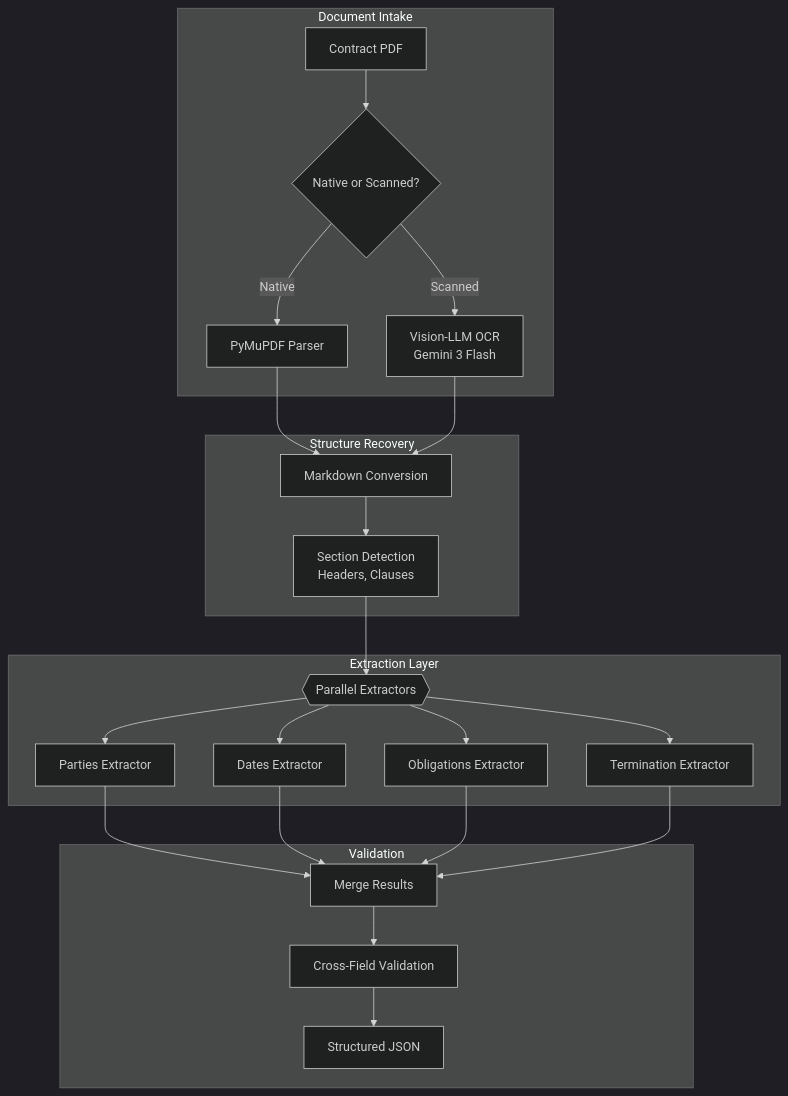
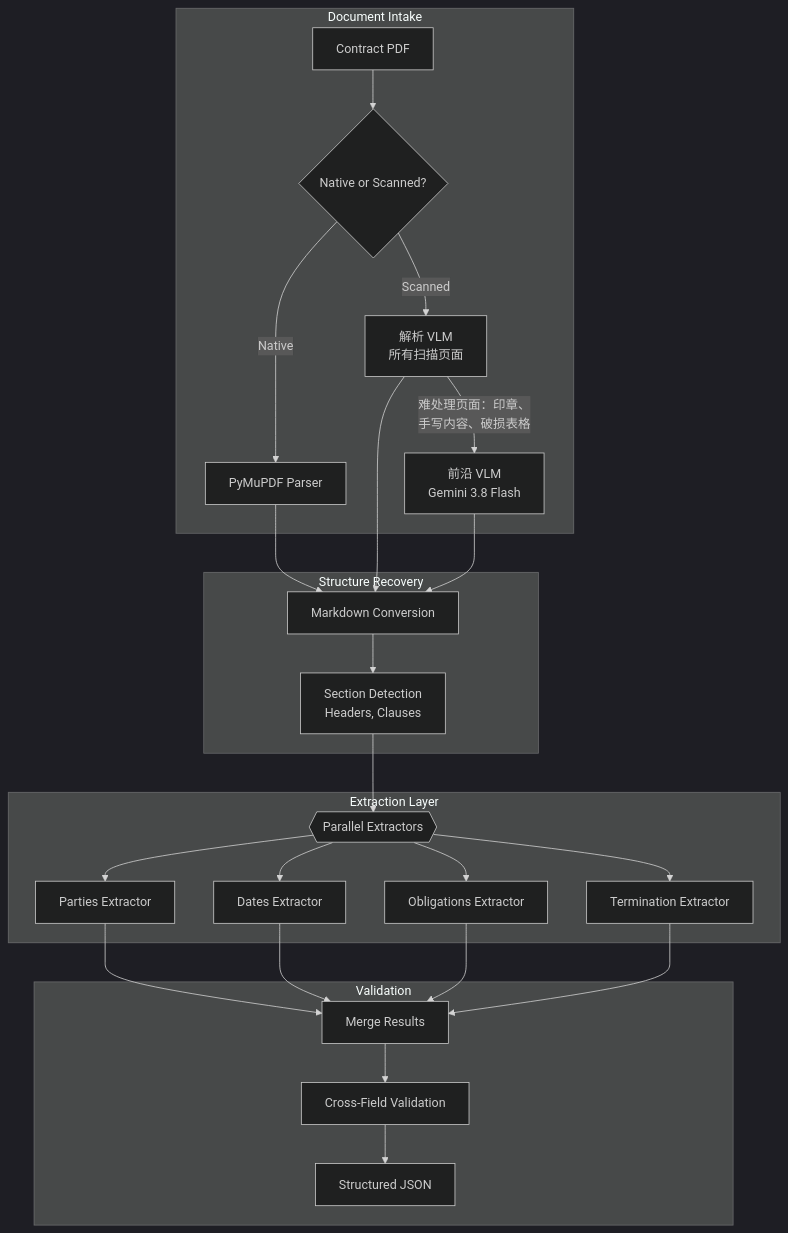
Before and after one commit to ChiHoc/ai-system-design-guide-zh: the first of 2 diagrams in 16-case-studies/10-document-intelligence.md, drawn with Mermaid (dark theme). The commit also changed other lines of this file and 149 other files, not shown here.

````diff
--- a/16-case-studies/10-document-intelligence.md
+++ b/16-case-studies/10-document-intelligence.md
@@ -24,31 +24,33 @@
 ```mermaid
 flowchart TB
     subgraph Intake["Document Intake"]
         PDF[Contract PDF] --> CLASSIFY{Native or Scanned?}
         CLASSIFY -->|Native| PARSE[PyMuPDF Parser]
-        CLASSIFY -->|Scanned| OCR[Vision-LLM OCR<br/>Gemini 3 Flash]
+        CLASSIFY -->|Scanned| OCR[解析 VLM<br/>所有扫描页面]
+        OCR -->|难处理页面：印章、<br/>手写内容、破损表格| VLM[前沿 VLM<br/>Gemini 3.8 Flash]
     end
 
     subgraph Structure["Structure Recovery"]
         PARSE --> MARKDOWN[Markdown Conversion]
         OCR --> MARKDOWN
+        VLM --> MARKDOWN
         MARKDOWN --> SECTION[Section Detection<br/>Headers, Clauses]
     end
 
     subgraph Extract["Extraction Layer"]
         SECTION --> PARALLEL{{"Parallel Extractors"}}
         PARALLEL --> E1[Parties Extractor]
         PARALLEL --> E2[Dates Extractor]
         PARALLEL --> E3[Obligations Extractor]
         PARALLEL --> E4[Termination Extractor]
     end
 
     subgraph Validate["Validation"]
         E1 --> MERGE[Merge Results]
         E2 --> MERGE
         E3 --> MERGE
         E4 --> MERGE
         MERGE --> VALIDATE[Cross-Field Validation]
         VALIDATE --> OUTPUT[Structured JSON]
     end
 ```
````
